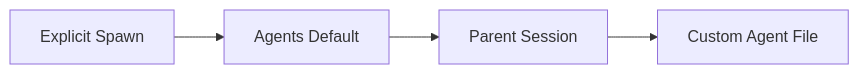
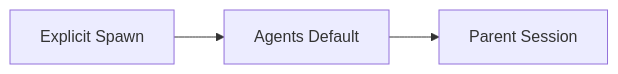
One commit to mfontenele/contentforge-blog changed the diagram in content/posts/2026-10-03-declarative-agent-configuration-comparison.md. Above: the diagram before and after it, drawn with Mermaid. The commit also changed other lines of this file and 1 other file, not shown here.

````diff
--- a/content/posts/2026-10-03-declarative-agent-configuration-comparison.md
+++ b/content/posts/2026-10-03-declarative-agent-configuration-comparison.md
@@ -64,6 +64,5 @@
 ```mermaid
 flowchart LR
   A[Explicit Spawn] --> B[Agents Default]
   B --> C[Parent Session]
-  C --> D[Custom Agent File]
 ```
````
